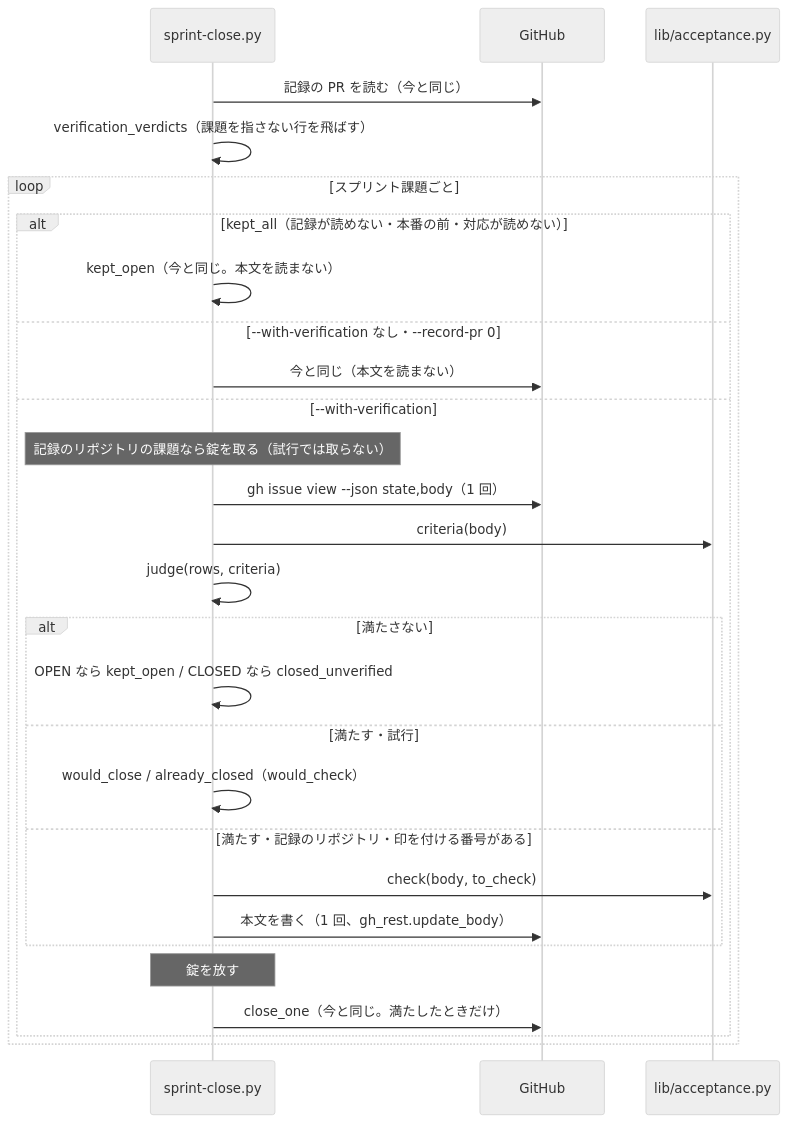
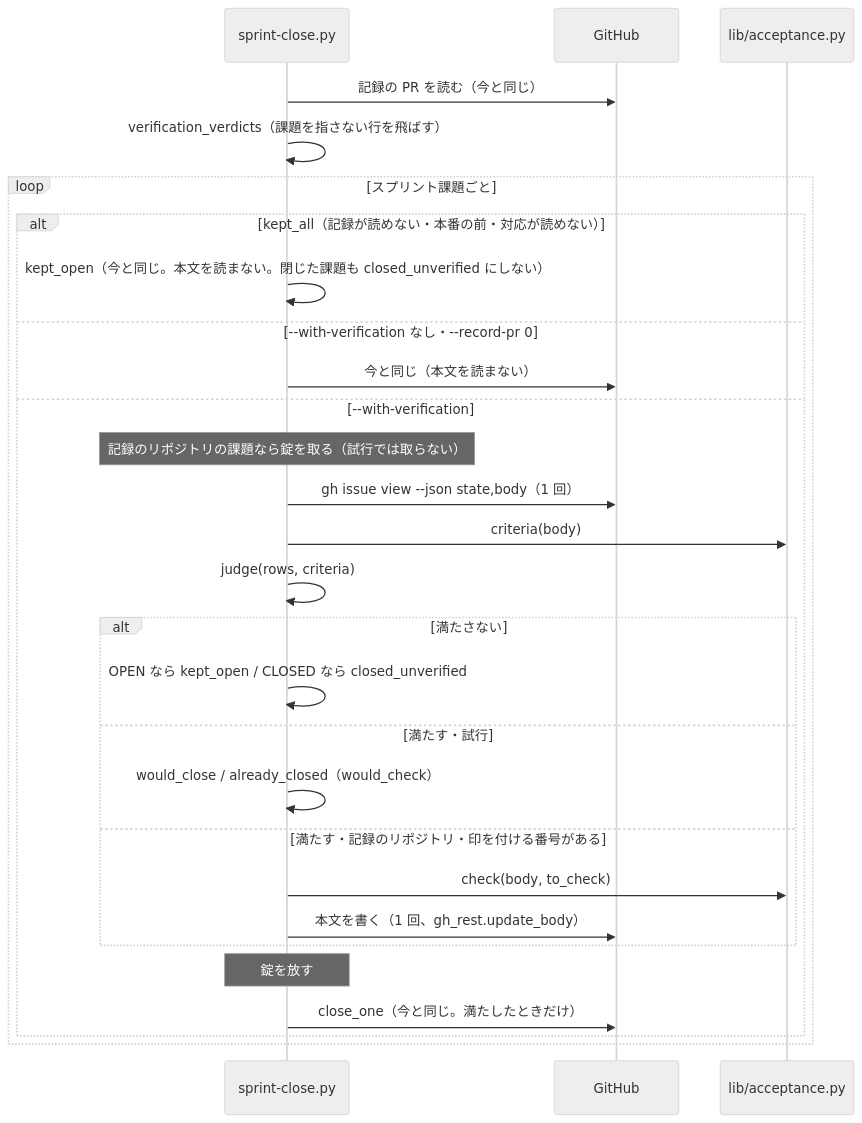
The third of 4 diagrams in issues/issue-1683-design.md (devbasex/ai-plugins), drawn with Mermaid (neutral theme) before and after one commit. The commit also changed other lines of this file, not shown here.

Commit message:
Docs: #1683 の設計で I6 を印を書く経路に限り、kept_all の経路では閉じた課題も kept_open とする

````diff
--- a/issues/issue-1683-design.md
+++ b/issues/issue-1683-design.md
@@ -223,30 +223,30 @@
 ```mermaid
 sequenceDiagram
   participant SC as sprint-close.py
   participant GH as GitHub
   participant AC as lib/acceptance.py
   SC->>GH: 記録の PR を読む（今と同じ）
   SC->>SC: verification_verdicts（課題を指さない行を飛ばす）
   loop スプリント課題ごと
     alt kept_all（記録が読めない・本番の前・対応が読めない）
-      SC->>SC: kept_open（今と同じ。本文を読まない）
+      SC->>SC: kept_open（今と同じ。本文を読まない。閉じた課題も closed_unverified にしない）
     else --with-verification なし・--record-pr 0
       SC->>GH: 今と同じ（本文を読まない）
     else --with-verification
       Note over SC: 記録のリポジトリの課題なら錠を取る（試行では取らない）
       SC->>GH: gh issue view --json state,body（1 回）
       SC->>AC: criteria(body)
       SC->>SC: judge(rows, criteria)
       alt 満たさない
         SC->>SC: OPEN なら kept_open / CLOSED なら closed_unverified
       else 満たす・試行
         SC->>SC: would_close / already_closed（would_check）
       else 満たす・記録のリポジトリ・印を付ける番号がある
         SC->>AC: check(body, to_check)
         SC->>GH: 本文を書く（1 回、gh_rest.update_body）
       end
       Note over SC: 錠を放す
       SC->>GH: close_one（今と同じ。満たしたときだけ）
     end
   end
 ```
````
